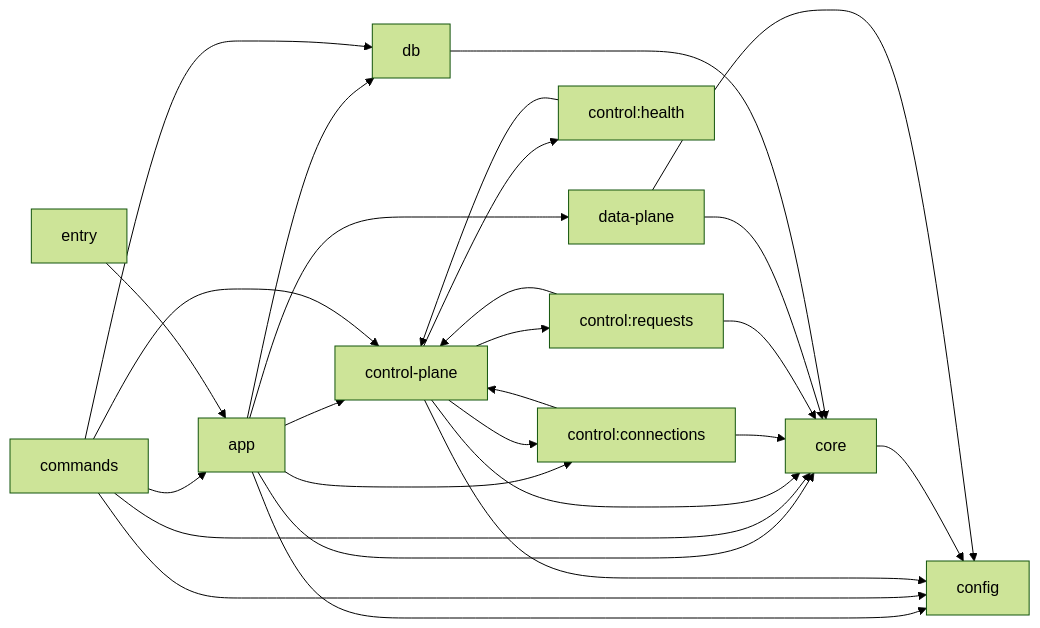
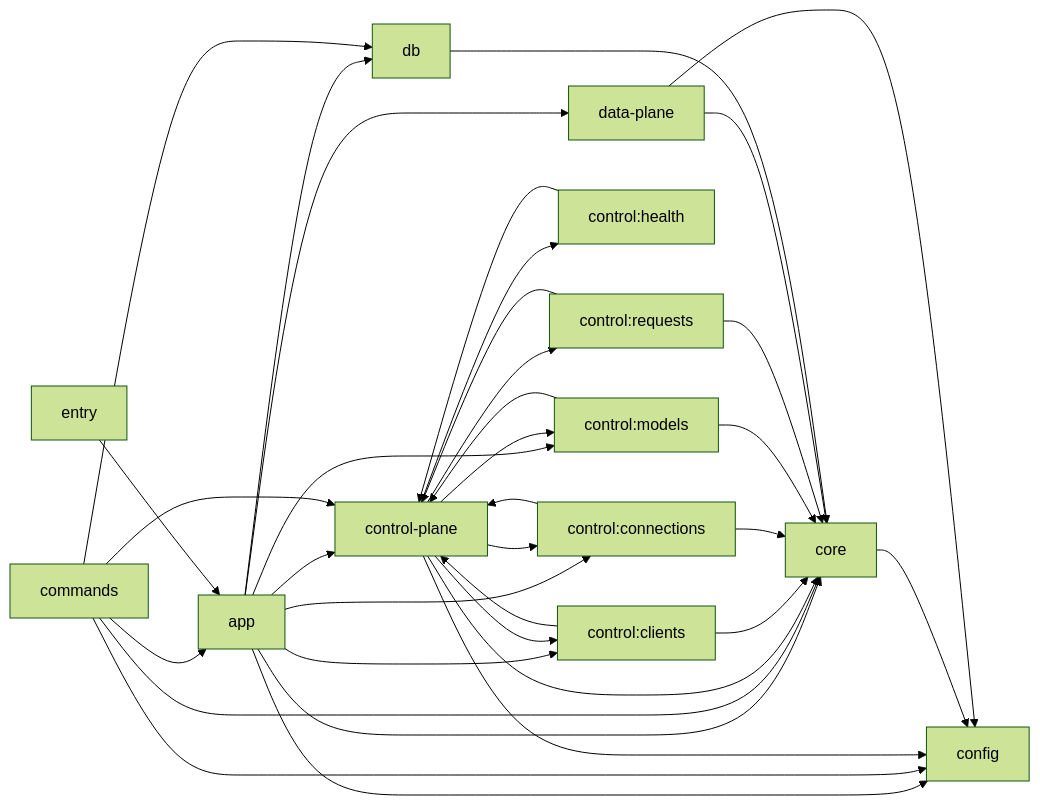
The first of 2 diagrams in docs/architecture/generated-module-graph.md (zzwtsy/ai-api-gateway), drawn with Mermaid (forest theme) before and after one commit. The commit also changed other lines of this file and 18 other files, not shown here.

````diff
--- a/docs/architecture/generated-module-graph.md
+++ b/docs/architecture/generated-module-graph.md
@@ -16,40 +16,50 @@
 ```mermaid
 flowchart LR
   n_617070["app"]
   n_636f6d6d616e6473["commands"]
   n_636f6e666967["config"]
   n_636f6e74726f6c2d706c616e65["control-plane"]
+  n_636f6e74726f6c3a636c69656e7473["control:clients"]
   n_636f6e74726f6c3a636f6e6e656374696f6e73["control:connections"]
   n_636f6e74726f6c3a6865616c7468["control:health"]
+  n_636f6e74726f6c3a6d6f64656c73["control:models"]
   n_636f6e74726f6c3a7265717565737473["control:requests"]
   n_636f7265["core"]
   n_646174612d706c616e65["data-plane"]
   n_6462["db"]
   n_656e747279["entry"]
   n_617070 --> n_636f6e666967
   n_617070 --> n_636f6e74726f6c2d706c616e65
+  n_617070 --> n_636f6e74726f6c3a636c69656e7473
   n_617070 --> n_636f6e74726f6c3a636f6e6e656374696f6e73
+  n_617070 --> n_636f6e74726f6c3a6d6f64656c73
   n_617070 --> n_636f7265
   n_617070 --> n_646174612d706c616e65
   n_617070 --> n_6462
   n_636f6d6d616e6473 --> n_617070
   n_636f6d6d616e6473 --> n_636f6e666967
   n_636f6d6d616e6473 --> n_636f6e74726f6c2d706c616e65
   n_636f6d6d616e6473 --> n_636f7265
   n_636f6d6d616e6473 --> n_6462
   n_636f6e74726f6c2d706c616e65 --> n_636f6e666967
+  n_636f6e74726f6c2d706c616e65 --> n_636f6e74726f6c3a636c69656e7473
   n_636f6e74726f6c2d706c616e65 --> n_636f6e74726f6c3a636f6e6e656374696f6e73
   n_636f6e74726f6c2d706c616e65 --> n_636f6e74726f6c3a6865616c7468
+  n_636f6e74726f6c2d706c616e65 --> n_636f6e74726f6c3a6d6f64656c73
   n_636f6e74726f6c2d706c616e65 --> n_636f6e74726f6c3a7265717565737473
   n_636f6e74726f6c2d706c616e65 --> n_636f7265
+  n_636f6e74726f6c3a636c69656e7473 --> n_636f6e74726f6c2d706c616e65
+  n_636f6e74726f6c3a636c69656e7473 --> n_636f7265
   n_636f6e74726f6c3a636f6e6e656374696f6e73 --> n_636f6e74726f6c2d706c616e65
   n_636f6e74726f6c3a636f6e6e656374696f6e73 --> n_636f7265
   n_636f6e74726f6c3a6865616c7468 --> n_636f6e74726f6c2d706c616e65
+  n_636f6e74726f6c3a6d6f64656c73 --> n_636f6e74726f6c2d706c616e65
+  n_636f6e74726f6c3a6d6f64656c73 --> n_636f7265
   n_636f6e74726f6c3a7265717565737473 --> n_636f6e74726f6c2d706c616e65
   n_636f6e74726f6c3a7265717565737473 --> n_636f7265
   n_636f7265 --> n_636f6e666967
   n_646174612d706c616e65 --> n_636f6e666967
   n_646174612d706c616e65 --> n_636f7265
   n_6462 --> n_636f7265
   n_656e747279 --> n_617070
 ```
````
